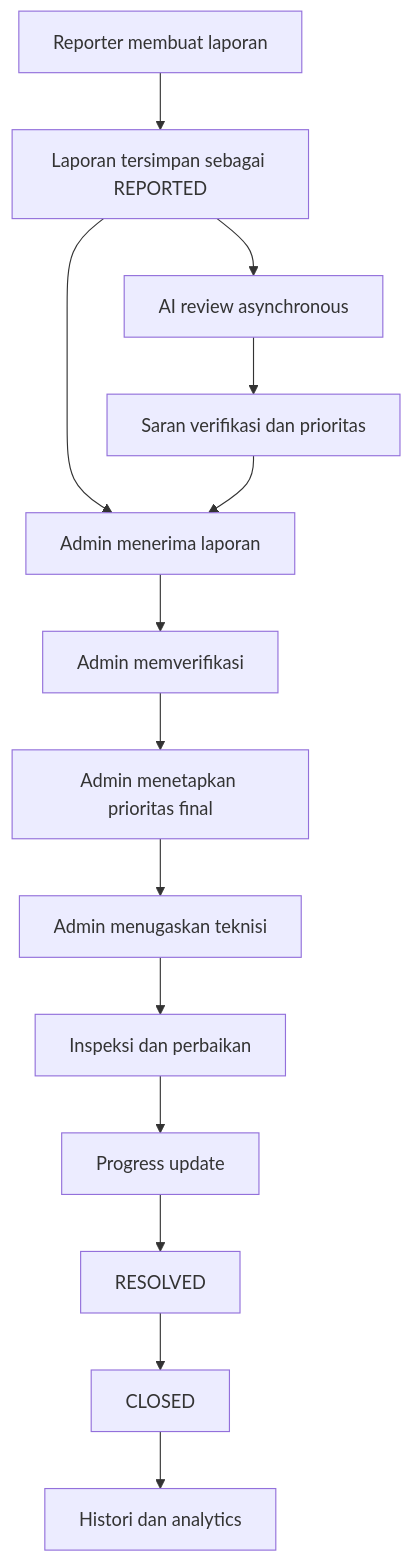
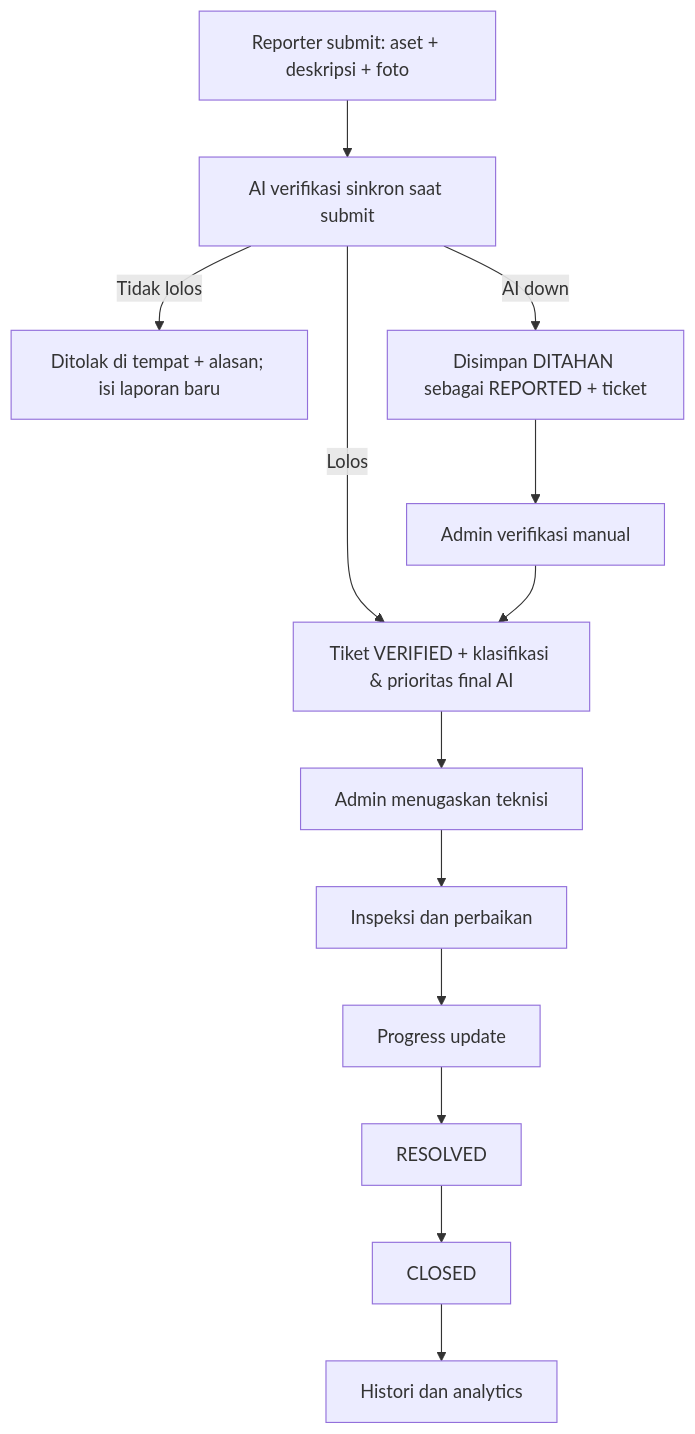
One commit to YudaClairee/SILAPOR changed the first of 4 diagrams in EXECUTION-PLAN.md. Above: the diagram before and after it, drawn with Mermaid. The commit also changed other lines of this file and 13 other files, not shown here.

````diff
--- a/EXECUTION-PLAN.md
+++ b/EXECUTION-PLAN.md
@@ -35,16 +51,15 @@
 ```mermaid
 flowchart TD
-    A[Reporter membuat laporan] --> B[Laporan tersimpan sebagai REPORTED]
-    B --> C[AI review asynchronous]
-    B --> D[Admin menerima laporan]
-    C --> E[Saran verifikasi dan prioritas]
-    E --> D
-    D --> F[Admin memverifikasi]
-    F --> G[Admin menetapkan prioritas final]
-    G --> H[Admin menugaskan teknisi]
-    H --> I[Inspeksi dan perbaikan]
+    A[Reporter submit: aset + deskripsi + foto] --> B[AI verifikasi sinkron saat submit]
+    B -->|Lolos| V[Tiket VERIFIED + klasifikasi & prioritas final AI]
+    B -->|Tidak lolos| R[Ditolak di tempat + alasan; isi laporan baru]
+    B -->|AI down| H[Disimpan DITAHAN sebagai REPORTED + ticket]
+    H --> M[Admin verifikasi manual]
+    M --> V
+    V --> H2[Admin menugaskan teknisi]
+    H2 --> I[Inspeksi dan perbaikan]
     I --> J[Progress update]
     J --> K[RESOLVED]
     K --> L[CLOSED]
-    L --> M[Histori dan analytics]
+    L --> M2[Histori dan analytics]
 ```
````
